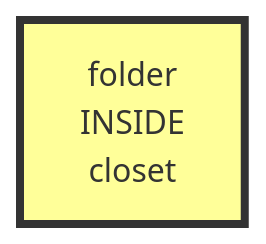
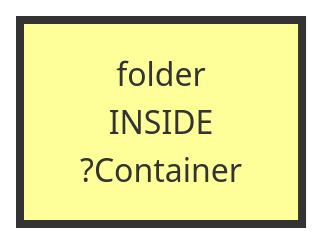
Before and after one commit to scuama/virtualhome: diagram 14 of 23 in evaluation/results/table1/_raw/robostate/run_T1_SCALE_SG01_S7.md, drawn with Mermaid. The commit also changed other lines of this file and 96 other files, not shown here.

````diff
--- a/evaluation/results/table1/_raw/robostate/run_T1_SCALE_SG01_S7.md
+++ b/evaluation/results/table1/_raw/robostate/run_T1_SCALE_SG01_S7.md
@@ -937,5 +1008,5 @@
 ```mermaid
 graph TD
-    N1["folder<br>INSIDE<br>closet"]
+    N1["folder<br>INSIDE<br>?Container"]
     style N1 fill:#ff9,stroke:#333,stroke-width:4px
 ```
````
